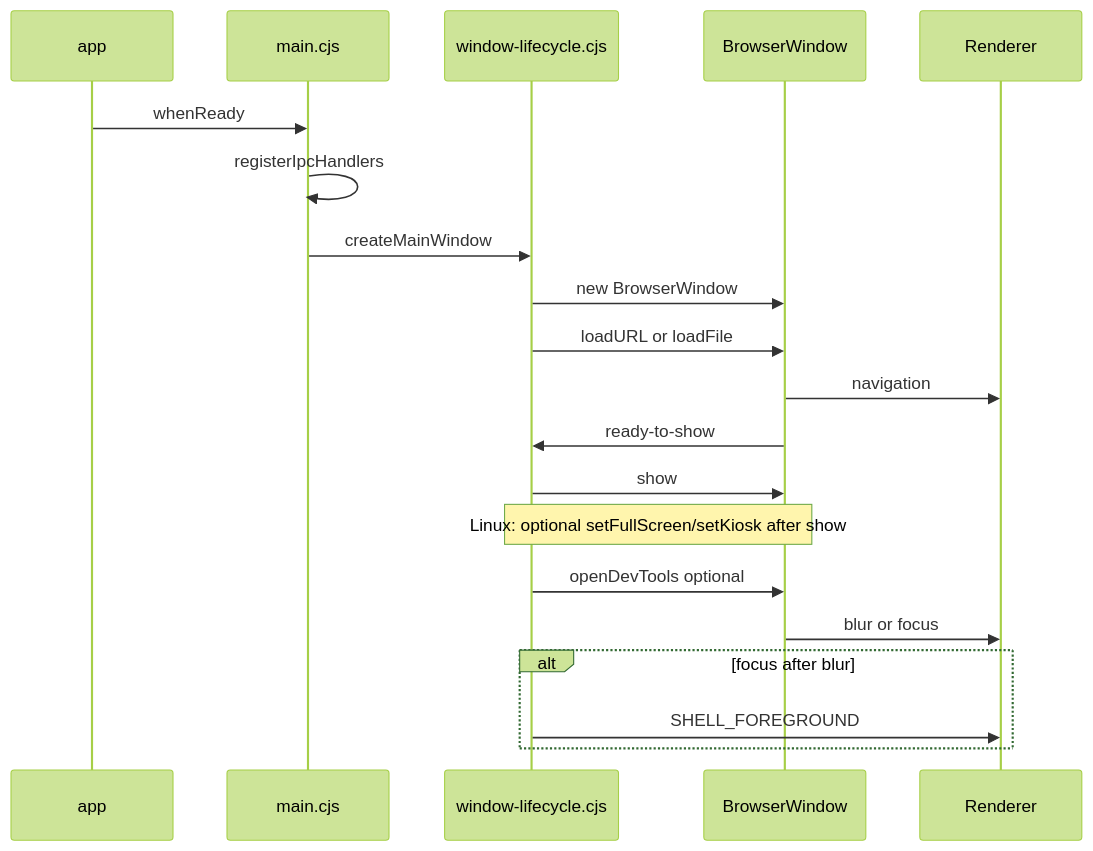
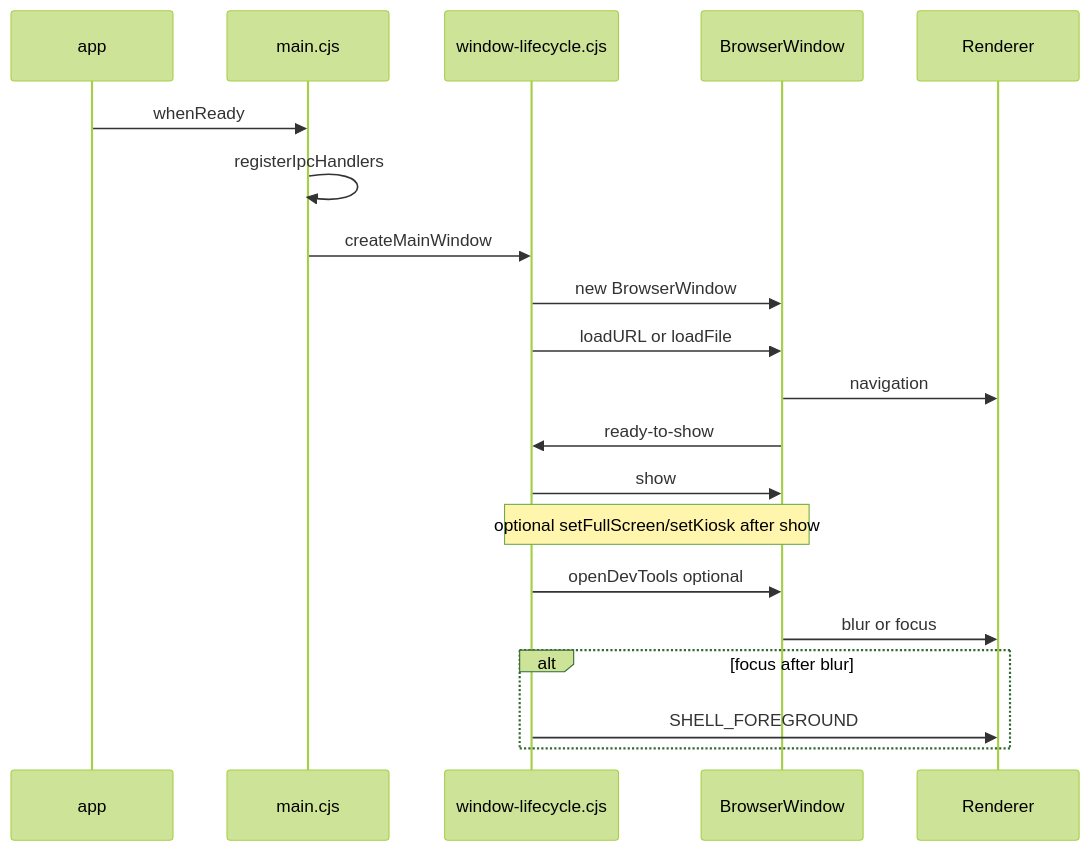
The diagram in docs/electron-window-lifecycle.md (Sammieblz/orange-tv), drawn with Mermaid (forest theme) before and after one commit. The commit also changed other lines of this file and 73 other files, not shown here.

````diff
--- a/docs/electron-window-lifecycle.md
+++ b/docs/electron-window-lifecycle.md
@@ -7,23 +7,23 @@
 ```mermaid
 sequenceDiagram
   participant App as app
   participant Main as main.cjs
   participant Lifecycle as window-lifecycle.cjs
   participant WC as BrowserWindow
   participant Renderer as Renderer
 
   App->>Main: whenReady
   Main->>Main: registerIpcHandlers
   Main->>Lifecycle: createMainWindow
   Lifecycle->>WC: new BrowserWindow
   Lifecycle->>WC: loadURL or loadFile
   WC->>Renderer: navigation
   WC->>Lifecycle: ready-to-show
   Lifecycle->>WC: show
-  Note over Lifecycle,WC: Linux: optional setFullScreen/setKiosk after show
+  Note over Lifecycle,WC: optional setFullScreen/setKiosk after show
   Lifecycle->>WC: openDevTools optional
   WC->>Renderer: blur or focus
   alt focus after blur
     Lifecycle->>Renderer: SHELL_FOREGROUND
   end
 ```
````
